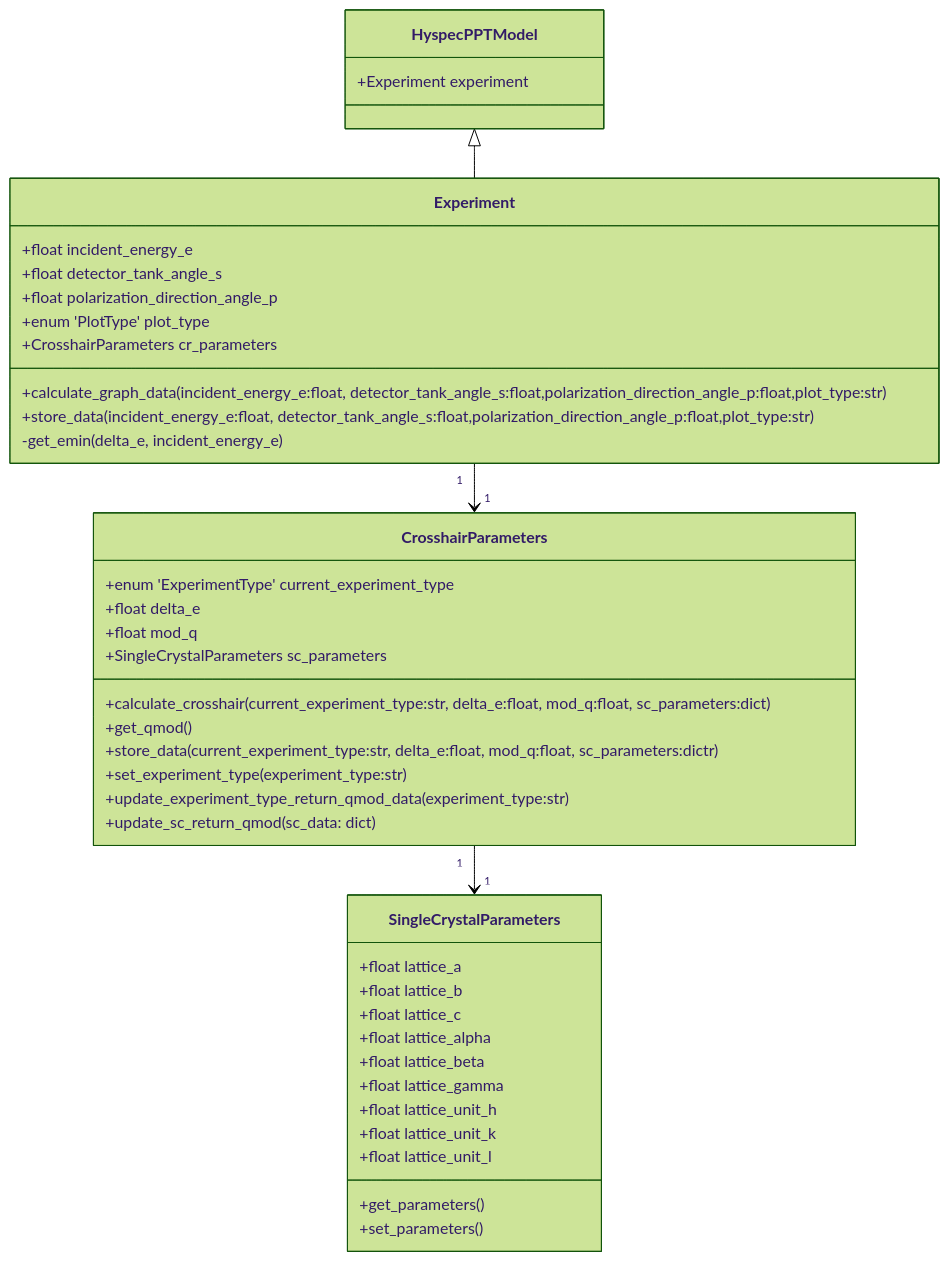
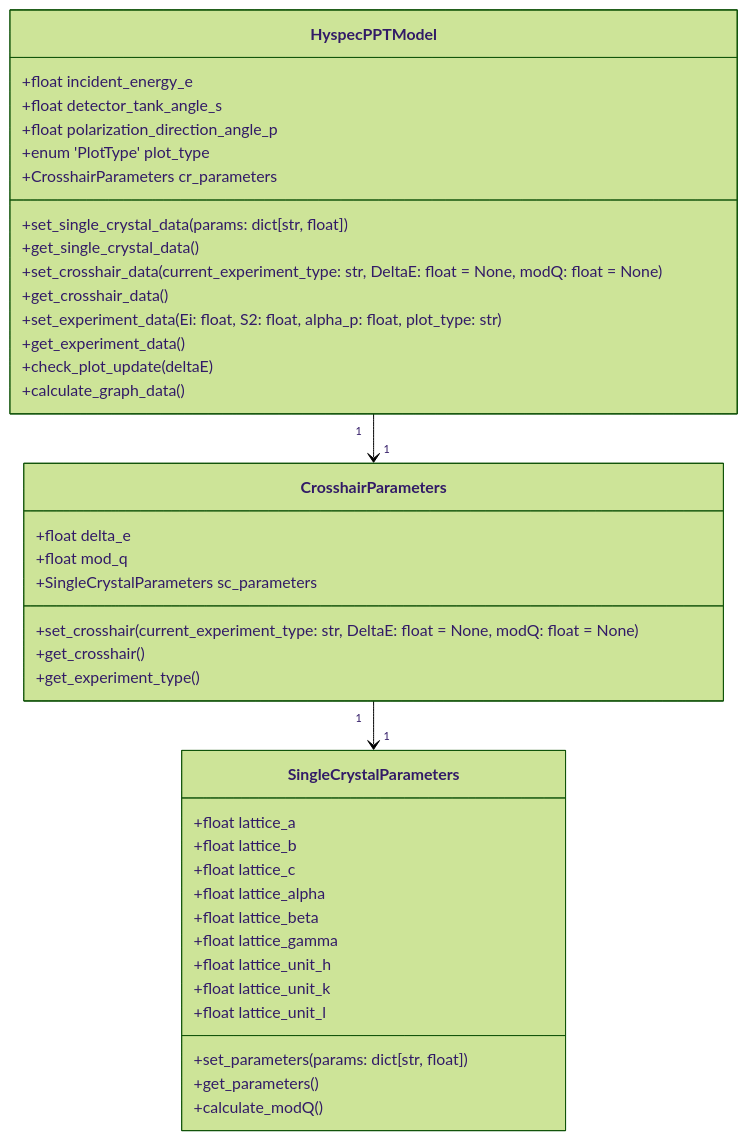
One commit to neutrons/hyspecppt changed the first of 14 diagrams in docs/source/design/hyspecpptclasses.rst. Above: the diagram before and after it, drawn with Mermaid (forest theme). The commit also changed other lines of this file and 7 other files, not shown here.

```diff
--- a/docs/source/design/hyspecpptclasses.rst
+++ b/docs/source/design/hyspecpptclasses.rst
@@ -15,50 +15,46 @@
 .. mermaid::
 
  classDiagram
-    HyspecPPTModel <|-- Experiment
-    Experiment "1" -->"1" CrosshairParameters
+    HyspecPPTModel "1" -->"1" CrosshairParameters
     CrosshairParameters "1" -->"1" SingleCrystalParameters
 
-
     class HyspecPPTModel{
-        +Experiment experiment
-    }
-
-    class Experiment{
         +float incident_energy_e
         +float detector_tank_angle_s
         +float polarization_direction_angle_p
         +enum 'PlotType' plot_type
         +CrosshairParameters cr_parameters
-        +calculate_graph_data(incident_energy_e:float, detector_tank_angle_s:float,polarization_direction_angle_p:float,plot_type:str)
-        +store_data(incident_energy_e:float, detector_tank_angle_s:float,polarization_direction_angle_p:float,plot_type:str)
-        -get_emin(delta_e, incident_energy_e)
+        +set_single_crystal_data(params: dict[str, float])
+        +get_single_crystal_data()
+        +set_crosshair_data(current_experiment_type: str, DeltaE: float = None, modQ: float = None)
+        +get_crosshair_data()
+        +set_experiment_data(Ei: float, S2: float, alpha_p: float, plot_type: str)
+        +get_experiment_data()
+        +check_plot_update(deltaE)
+        +calculate_graph_data()
     }
 
 
     class CrosshairParameters{
-        +enum 'ExperimentType' current_experiment_type
         +float delta_e
         +float mod_q
         +SingleCrystalParameters sc_parameters
-        +calculate_crosshair(current_experiment_type:str, delta_e:float, mod_q:float, sc_parameters:dict)
-        +get_qmod()
-        +store_data(current_experiment_type:str, delta_e:float, mod_q:float, sc_parameters:dictr)
-        +set_experiment_type(experiment_type:str)
-        +update_experiment_type_return_qmod_data(experiment_type:str)
-        +update_sc_return_qmod(sc_data: dict)
+        +set_crosshair(current_experiment_type: str, DeltaE: float = None, modQ: float = None)
+        +get_crosshair()
+        +get_experiment_type()
     }
 
     class SingleCrystalParameters{
         +float lattice_a
         +float lattice_b
         +float lattice_c
         +float lattice_alpha
         +float lattice_beta
         +float lattice_gamma
         +float lattice_unit_h
         +float lattice_unit_k
         +float lattice_unit_l
+        +set_parameters(params: dict[str, float])
         +get_parameters()
-        +set_parameters()
+        +calculate_modQ()
     }
```
